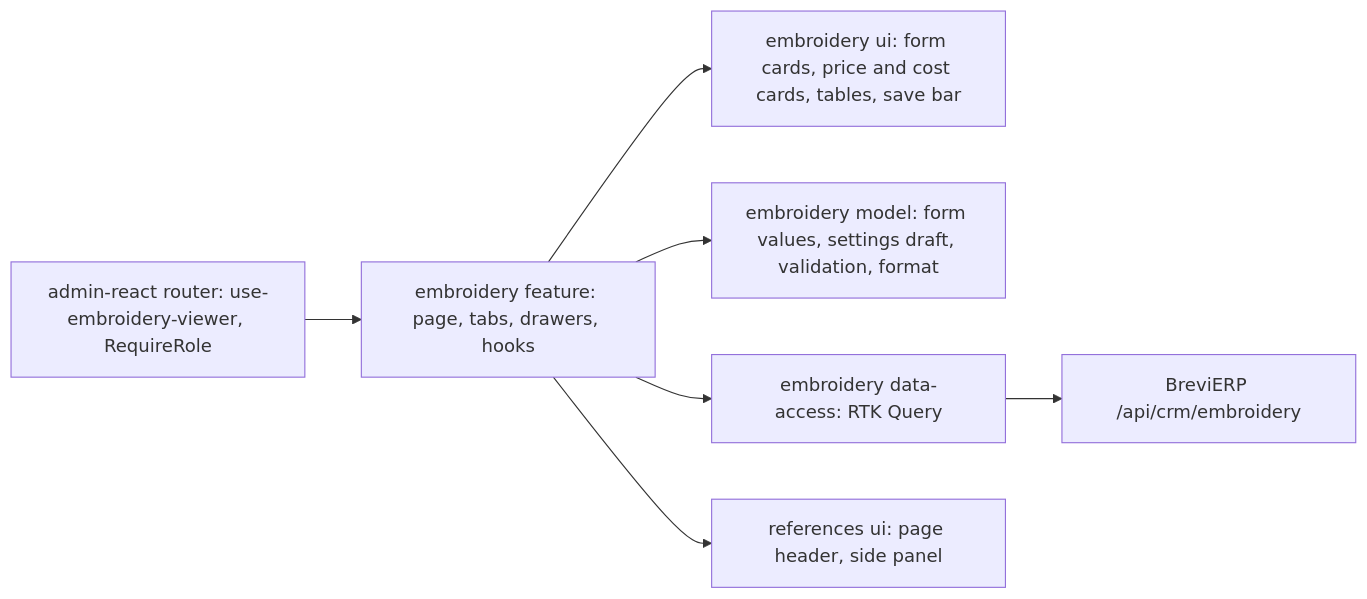
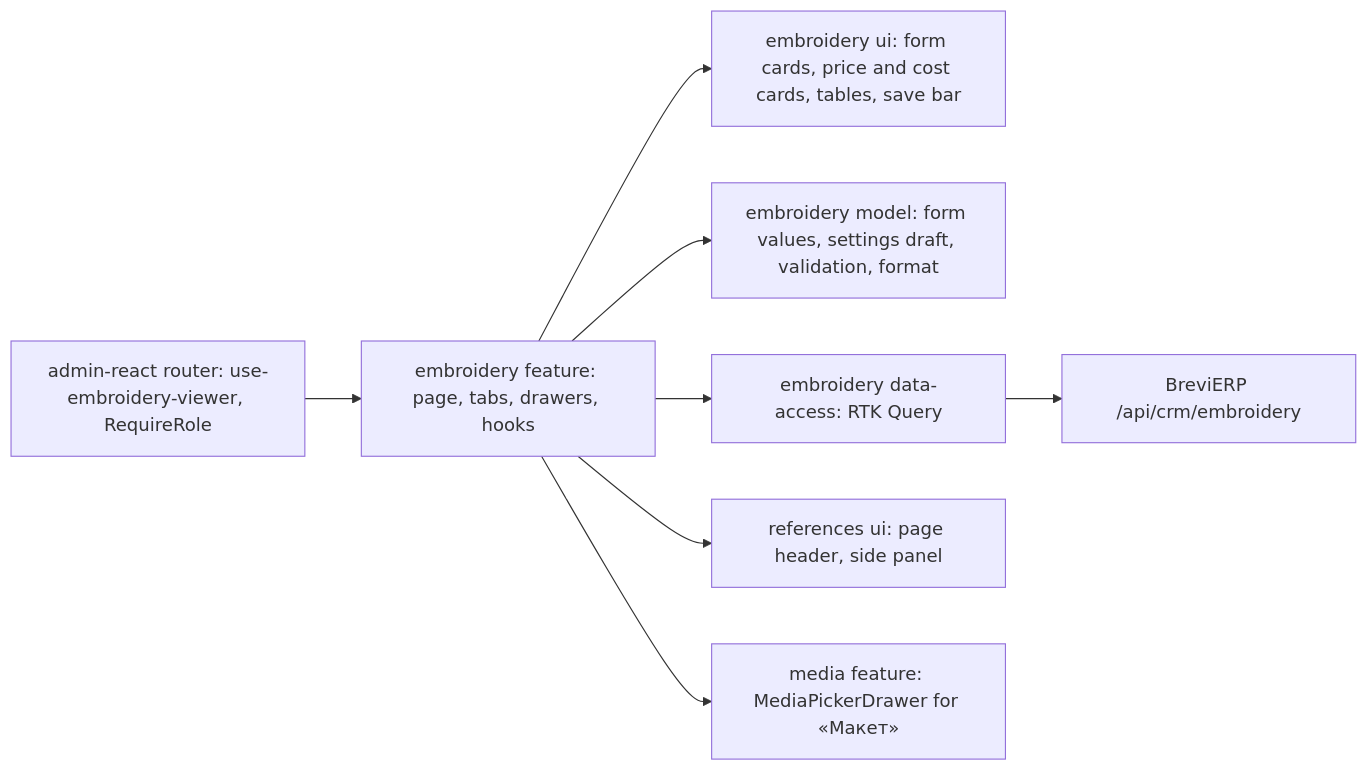
The diagram in docs/features/admin/embroidery.md (Weretik/brevi-web), drawn with Mermaid before and after one commit. The commit also changed other lines of this file and 37 other files, not shown here.

````diff
--- a/docs/features/admin/embroidery.md
+++ b/docs/features/admin/embroidery.md
@@ -20,9 +22,10 @@
 ```mermaid
 flowchart LR
   App[admin-react router: use-embroidery-viewer, RequireRole] --> Feature[embroidery feature: page, tabs, drawers, hooks]
   Feature --> UI[embroidery ui: form cards, price and cost cards, tables, save bar]
   Feature --> Model[embroidery model: form values, settings draft, validation, format]
   Feature --> DA[embroidery data-access: RTK Query]
   Feature --> Ref[references ui: page header, side panel]
+  Feature --> Media[media feature: MediaPickerDrawer for «Макет»]
   DA --> Backend[BreviERP /api/crm/embroidery]
 ```
````
